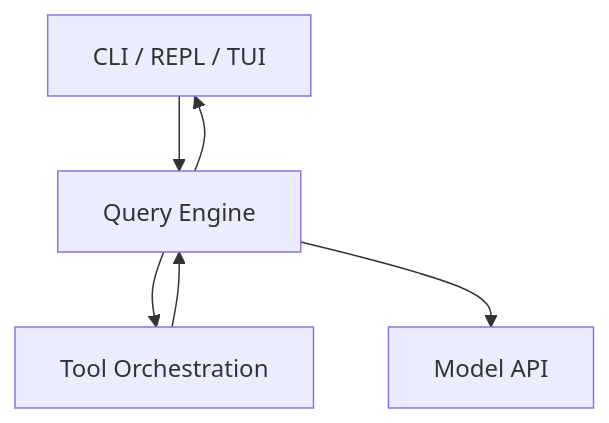
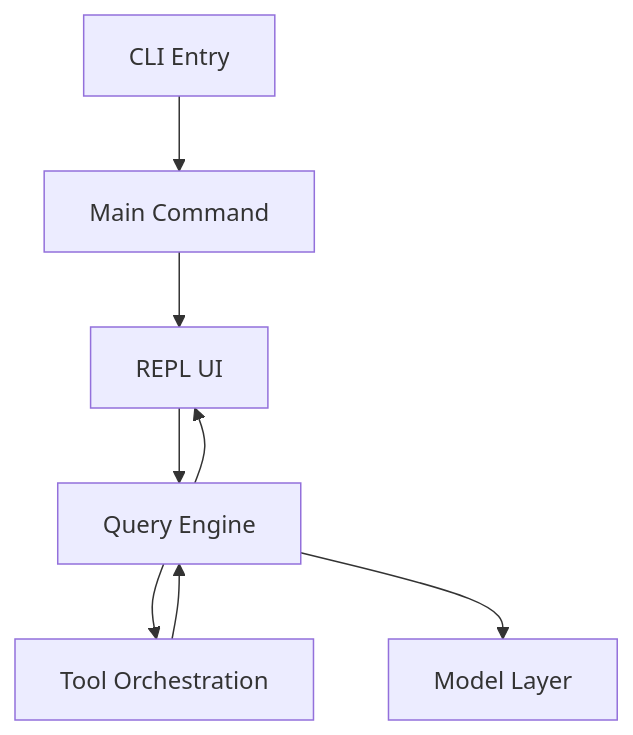
One commit to friendlyhank/claude-code-annotated changed the first of 2 diagrams in notes/reviews/01-architecture-and-core-flow.md. Above: the diagram before and after it, drawn with Mermaid. The commit also changed other lines of this file and 15 other files, not shown here.

Commit message:
feat: wire REPL to query loop; rebuild reviews

````diff
--- a/notes/reviews/01-architecture-and-core-flow.md
+++ b/notes/reviews/01-architecture-and-core-flow.md
@@ -23,8 +23,10 @@
 ```mermaid
 flowchart TB
-    UI[CLI / REPL / TUI] --> Core[Query Engine]
-    Core --> ToolLayer[Tool Orchestration]
-    Core --> API[Model API]
-    ToolLayer --> Core
-    Core --> UI
+    Entry[CLI Entry] --> Main[Main Command]
+    Main --> Repl[REPL UI]
+    Repl --> Query[Query Engine]
+    Query --> Tools[Tool Orchestration]
+    Query --> Model[Model Layer]
+    Tools --> Query
+    Query --> Repl
 ```
````
